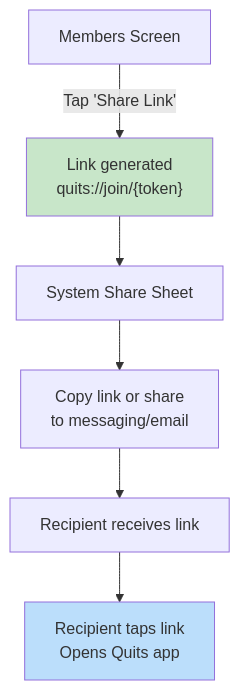
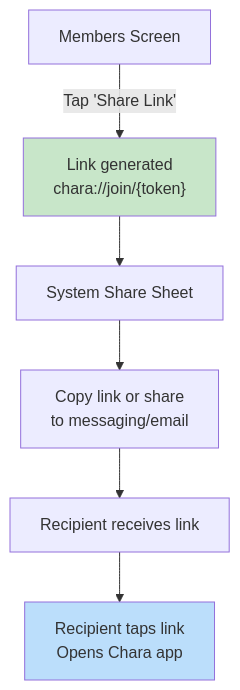
Before and after one commit to DowLucas/chara: the fifth of 11 diagrams in docs/ux/04-groups.md, drawn with Mermaid. The commit also changed other lines of this file and 207 other files, not shown here.

````diff
--- a/docs/ux/04-groups.md
+++ b/docs/ux/04-groups.md
@@ -77,11 +77,11 @@
 ```mermaid
 flowchart TD
-    A["Members Screen"] -->|Tap 'Share Link'| B["Link generated<br/>quits://join/{token}"]
+    A["Members Screen"] -->|Tap 'Share Link'| B["Link generated<br/>chara://join/{token}"]
     B --> C["System Share Sheet"]
     C --> D["Copy link or share<br/>to messaging/email"]
     D --> E["Recipient receives link"]
-    E --> F["Recipient taps link<br/>Opens Quits app"]
+    E --> F["Recipient taps link<br/>Opens Chara app"]
     
     style B fill:#c8e6c9
     style F fill:#bbdefb
 ```
````
